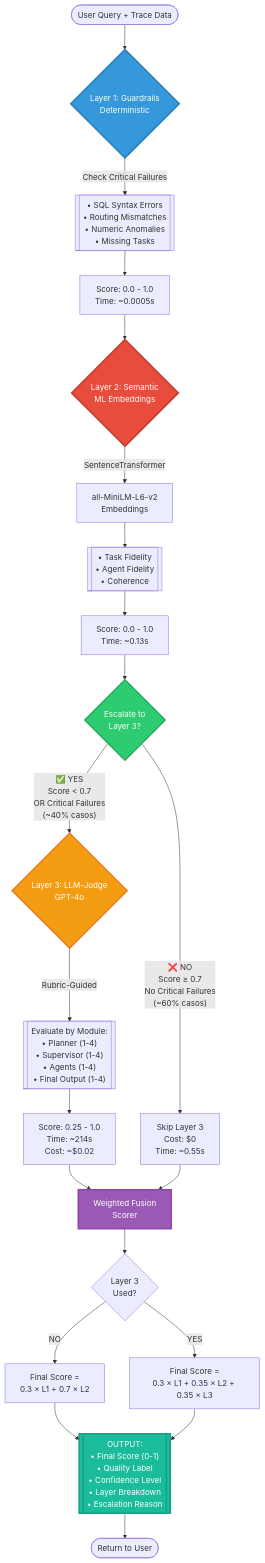
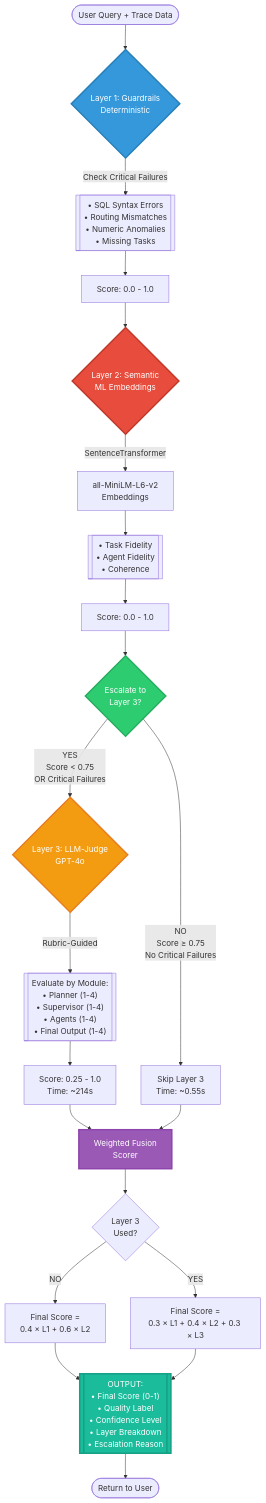
The diagram in architecture_graphs/DIAGRAM.md (Ulisesdz/HACE_multiagent_evaluation), drawn with Mermaid before and after one commit.

Commit message:
Diagram update

````diff
--- a/architecture_graphs/DIAGRAM.md
+++ b/architecture_graphs/DIAGRAM.md
@@ -1,44 +1,44 @@
 ```mermaid
 flowchart TB
     Start([User Query + Trace Data]) --> Layer1{Layer 1: Guardrails<br/>Deterministic}
     
     Layer1 -->|Check Critical Failures| L1_Checks[["• SQL Syntax Errors<br/>• Routing Mismatches<br/>• Numeric Anomalies<br/>• Missing Tasks"]]
-    L1_Checks --> L1_Score[Score: 0.0 - 1.0<br/>Time: ~0.0005s]
+    L1_Checks --> L1_Score[Score: 0.0 - 1.0]
     
     L1_Score --> Layer2{Layer 2: Semantic<br/>ML Embeddings}
     
     Layer2 -->|SentenceTransformer| L2_Embed["all-MiniLM-L6-v2<br/>Embeddings"]
     L2_Embed --> L2_Metrics[["• Task Fidelity<br/>• Agent Fidelity<br/>• Coherence"]]
-    L2_Metrics --> L2_Score[Score: 0.0 - 1.0<br/>Time: ~0.13s]
+    L2_Metrics --> L2_Score[Score: 0.0 - 1.0]
     
     L2_Score --> Decision{Escalate to<br/>Layer 3?}
     
-    Decision -->|"❌ NO<br/>Score ≥ 0.7<br/>No Critical Failures<br/>(~60% casos)"| Skip[Skip Layer 3<br/>Cost: $0<br/>Time: ~0.55s]
+    Decision -->|"NO<br/>Score ≥ 0.75<br/>No Critical Failures"| Skip[Skip Layer 3<br/>Time: ~0.55s]
     
-    Decision -->|"✅ YES<br/>Score < 0.7<br/>OR Critical Failures<br/>(~40% casos)"| Layer3{Layer 3: LLM-Judge<br/>GPT-4o}
+    Decision -->|"YES<br/>Score < 0.75<br/>OR Critical Failures"| Layer3{Layer 3: LLM-Judge<br/>GPT-4o}
     
     Layer3 -->|Rubric-Guided| L3_Rubric[["Evaluate by Module:<br/>• Planner (1-4)<br/>• Supervisor (1-4)<br/>• Agents (1-4)<br/>• Final Output (1-4)"]]
-    L3_Rubric --> L3_Score[Score: 0.25 - 1.0<br/>Time: ~214s<br/>Cost: ~$0.02]
+    L3_Rubric --> L3_Score[Score: 0.25 - 1.0<br/>Time: ~214s]
     
     L3_Score --> Fusion
     Skip --> Fusion
     
     Fusion[Weighted Fusion<br/>Scorer] --> Weights{Layer 3<br/>Used?}
     
-    Weights -->|NO| Fast["Final Score =<br/>0.3 × L1 + 0.7 × L2"]
-    Weights -->|YES| Deep["Final Score =<br/>0.3 × L1 + 0.35 × L2 + 0.35 × L3"]
+    Weights -->|NO| Fast["Final Score =<br/>0.4 × L1 + 0.6 × L2"]
+    Weights -->|YES| Deep["Final Score =<br/>0.3 × L1 + 0.4 × L2 + 0.3 × L3"]
     
     Fast --> Output
     Deep --> Output
     
     Output[["OUTPUT:<br/>• Final Score (0-1)<br/>• Quality Label<br/>• Confidence Level<br/>• Layer Breakdown<br/>• Escalation Reason"]]
     
     Output --> End([Return to User])
     
     style Layer1 fill:#3498db,stroke:#2980b9,stroke-width:3px,color:#fff
     style Layer2 fill:#e74c3c,stroke:#c0392b,stroke-width:3px,color:#fff
     style Layer3 fill:#f39c12,stroke:#e67e22,stroke-width:3px,color:#fff
     style Fusion fill:#9b59b6,stroke:#8e44ad,stroke-width:3px,color:#fff
     style Decision fill:#2ecc71,stroke:#27ae60,stroke-width:3px,color:#fff
-    style Output fill:#1abc9c,stroke:#16a085,stroke-width:3px,color:#fff 
+    style Output fill:#1abc9c,stroke:#16a085,stroke-width:3px,color:#fff
 ```
````
